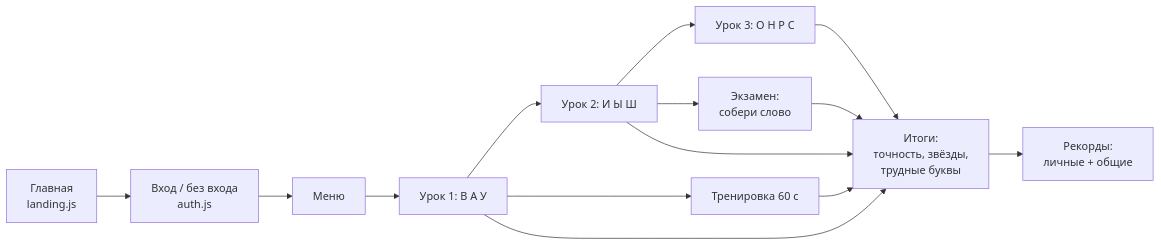
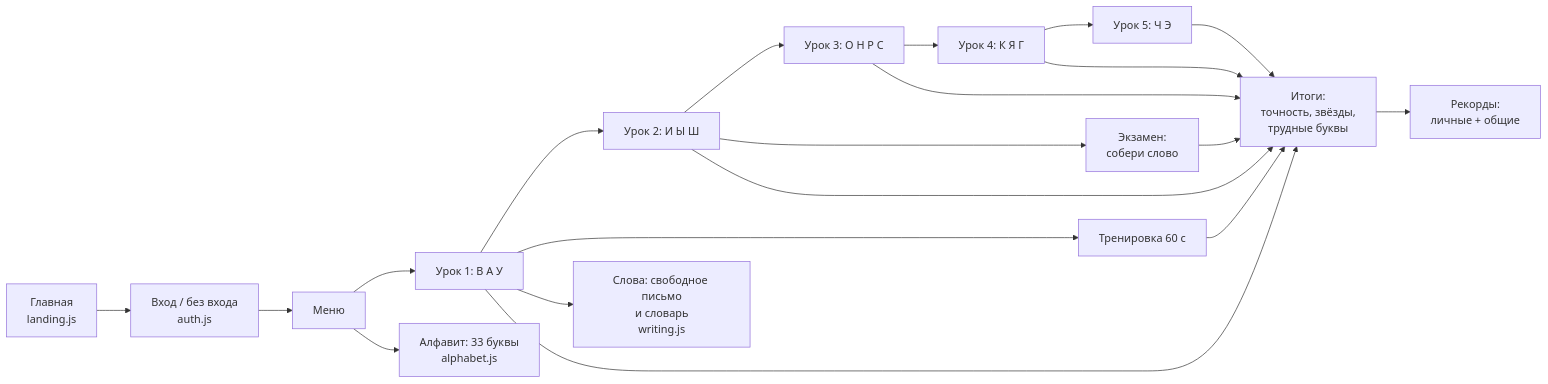
Before and after one commit to VVQVBD/ccu: the second of 2 diagrams in docs/HOW-IT-WORKS.md, drawn with Mermaid. The commit also changed other lines of this file and 1 other file, not shown here.

Commit message:
README и «Как устроено»: 15 букв, алфавит, раздел «Слова»

````diff
--- a/docs/HOW-IT-WORKS.md
+++ b/docs/HOW-IT-WORKS.md
@@ -85,10 +86,12 @@
 ```mermaid
 flowchart LR
   L[Главная<br>landing.js] --> S[Вход / без входа<br>auth.js]
   S --> M[Меню]
-  M --> U1[Урок 1: В А У] --> U2[Урок 2: И Ы Ш] --> U3[Урок 3: О Н Р С]
+  M --> U1[Урок 1: В А У] --> U2[Урок 2: И Ы Ш] --> U3[Урок 3: О Н Р С] --> U4[Урок 4: К Я Г] --> U5[Урок 5: Ч Э]
   U1 --> T[Тренировка 60 с]
   U2 --> X[Экзамен:<br>собери слово]
-  U1 & U2 & U3 & T & X --> R[Итоги:<br>точность, звёзды,<br>трудные буквы]
+  U1 --> W[Слова: свободное письмо<br>и словарь<br>writing.js]
+  M --> AL[Алфавит: 33 буквы<br>alphabet.js]
+  U1 & U2 & U3 & U4 & U5 & T & X --> R[Итоги:<br>точность, звёзды,<br>трудные буквы]
   R --> B[Рекорды:<br>личные + общие]
 ```
````
